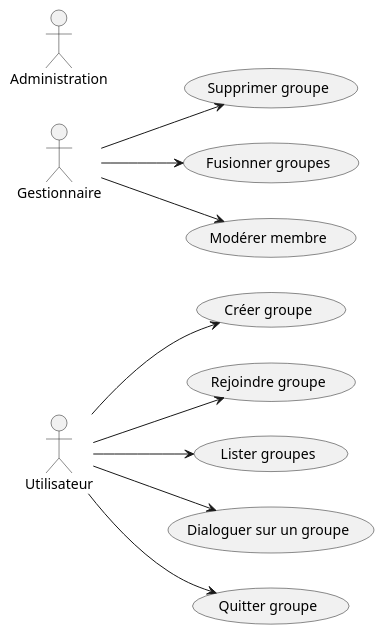
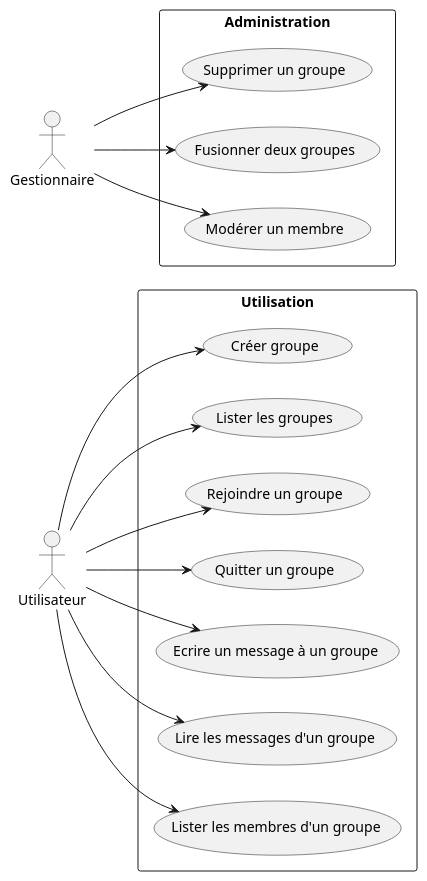
The diagram in Projet1.0/uml/general.puml (SkDAnS/CLIM), drawn with PlantUML before and after one commit. The commit also changed 27 other files, not shown here.

```diff
--- a/Projet1.0/uml/general.puml
+++ b/Projet1.0/uml/general.puml
@@ -1,28 +1,35 @@
 @startuml
 left to right direction
 
 actor Utilisateur
 actor Gestionnaire
-actor Administration
 
-usecase "Créer groupe" as UC_Create
-usecase "Rejoindre groupe" as UC_Join
-usecase "Lister groupes" as UC_List
-usecase "Dialoguer sur un groupe" as UC_Chat
-usecase "Quitter groupe" as UC_Leave
+rectangle "Utilisation" {
+  usecase "Créer groupe" as UC_Creer
+  usecase "Lister les groupes" as UC_ListerGroupes
+  usecase "Rejoindre un groupe" as UC_Rejoindre
+  usecase "Quitter un groupe" as UC_Quitter
+  usecase "Ecrire un message à un groupe" as UC_EcrireMsg
+  usecase "Lire les messages d'un groupe" as UC_LireMsg
+  usecase "Lister les membres d'un groupe" as UC_ListerMembres
+}
 
-usecase "Supprimer groupe" as UC_Delete
-usecase "Fusionner groupes" as UC_Merge
-usecase "Modérer membre" as UC_Moderate
+rectangle "Administration" {
+  usecase "Supprimer un groupe" as UC_Supprimer
+  usecase "Fusionner deux groupes" as UC_Fusionner
+  usecase "Modérer un membre" as UC_Moderer
+}
 
-Utilisateur --> UC_Create
-Utilisateur --> UC_Join
-Utilisateur --> UC_List
-Utilisateur --> UC_Chat
-Utilisateur --> UC_Leave
+Utilisateur --> UC_Creer
+Utilisateur --> UC_ListerGroupes
+Utilisateur --> UC_Rejoindre
+Utilisateur --> UC_Quitter
+Utilisateur --> UC_EcrireMsg
+Utilisateur --> UC_LireMsg
+Utilisateur --> UC_ListerMembres
 
-Gestionnaire --> UC_Delete
-Gestionnaire --> UC_Merge
-Gestionnaire --> UC_Moderate
+Gestionnaire --> UC_Supprimer
+Gestionnaire --> UC_Fusionner
+Gestionnaire --> UC_Moderer
 
 @enduml
```
